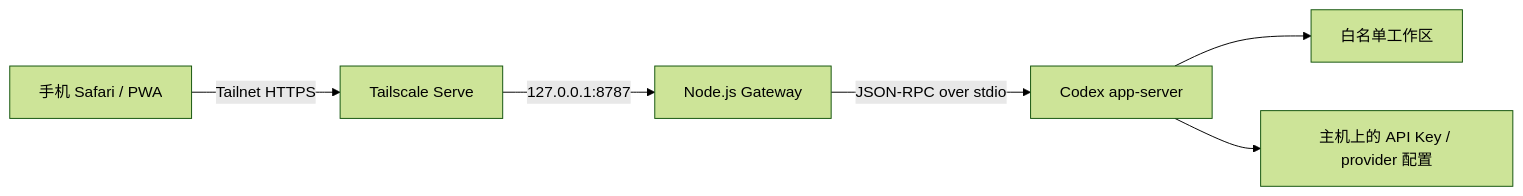
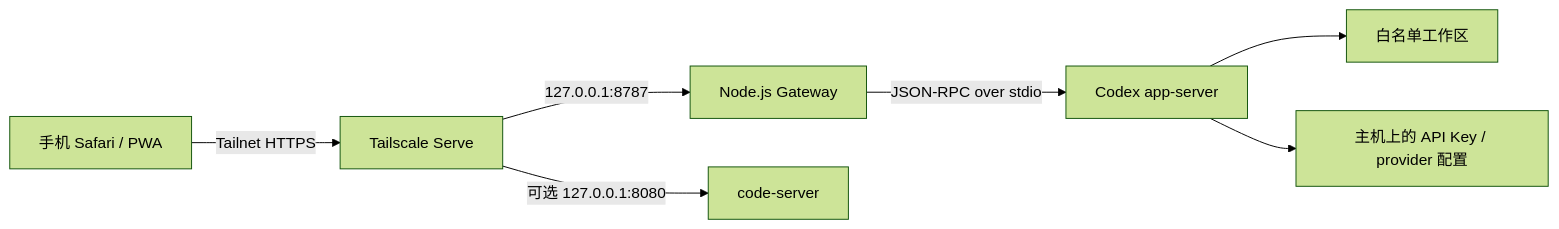
The diagram in README.md (davids1896/Codex-Mobile), drawn with Mermaid (forest theme) before and after one commit. The commit also changed other lines of this file and 16 other files, not shown here.

````diff
--- a/README.md
+++ b/README.md
@@ -24,8 +27,9 @@
 ```mermaid
 flowchart LR
     P["手机 Safari / PWA"] -->|"Tailnet HTTPS"| T["Tailscale Serve"]
     T -->|"127.0.0.1:8787"| G["Node.js Gateway"]
+    T -->|"可选 127.0.0.1:8080"| E["code-server"]
     G -->|"JSON-RPC over stdio"| C["Codex app-server"]
     C --> W["白名单工作区"]
     C --> A["主机上的 API Key / provider 配置"]
 ```
````
